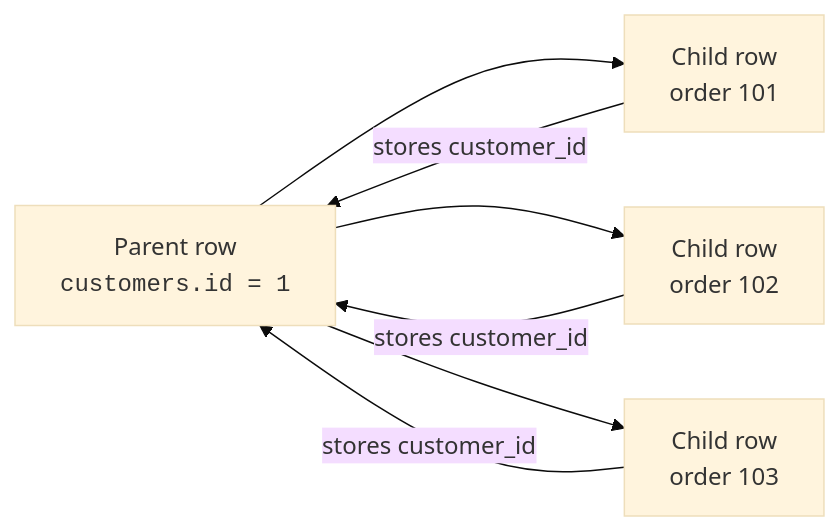
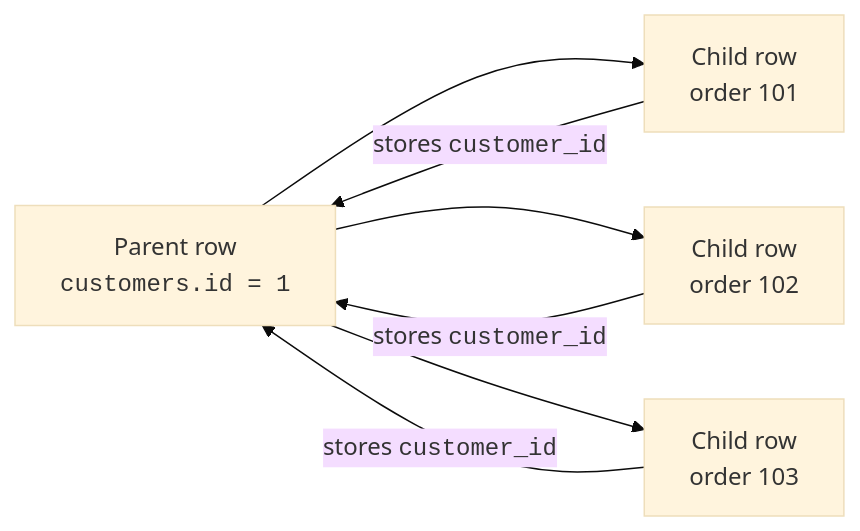
The fourth of 4 diagrams in content/learn/database-design-postgresql/one-to-many.mdx (dataslope/dataslope), drawn with Mermaid (base theme) before and after one commit. The commit also changed 46 other files, not shown here.

First line of the commit message:
Wrap code in mermaid edge labels + entity/table names in DB diagrams

````diff
--- a/content/learn/database-design-postgresql/one-to-many.mdx
+++ b/content/learn/database-design-postgresql/one-to-many.mdx
@@ -148,9 +148,9 @@
 ```mermaid
 flowchart LR
     Parent["Parent row<br/><code>customers.id = 1</code>"] --> ChildA["Child row<br/>order 101"]
     Parent --> ChildB["Child row<br/>order 102"]
     Parent --> ChildC["Child row<br/>order 103"]
-    ChildA -->|"stores customer_id"| Parent
-    ChildB -->|"stores customer_id"| Parent
-    ChildC -->|"stores customer_id"| Parent
+    ChildA -->|"stores <code>customer_id</code>"| Parent
+    ChildB -->|"stores <code>customer_id</code>"| Parent
+    ChildC -->|"stores <code>customer_id</code>"| Parent
 ```
````
